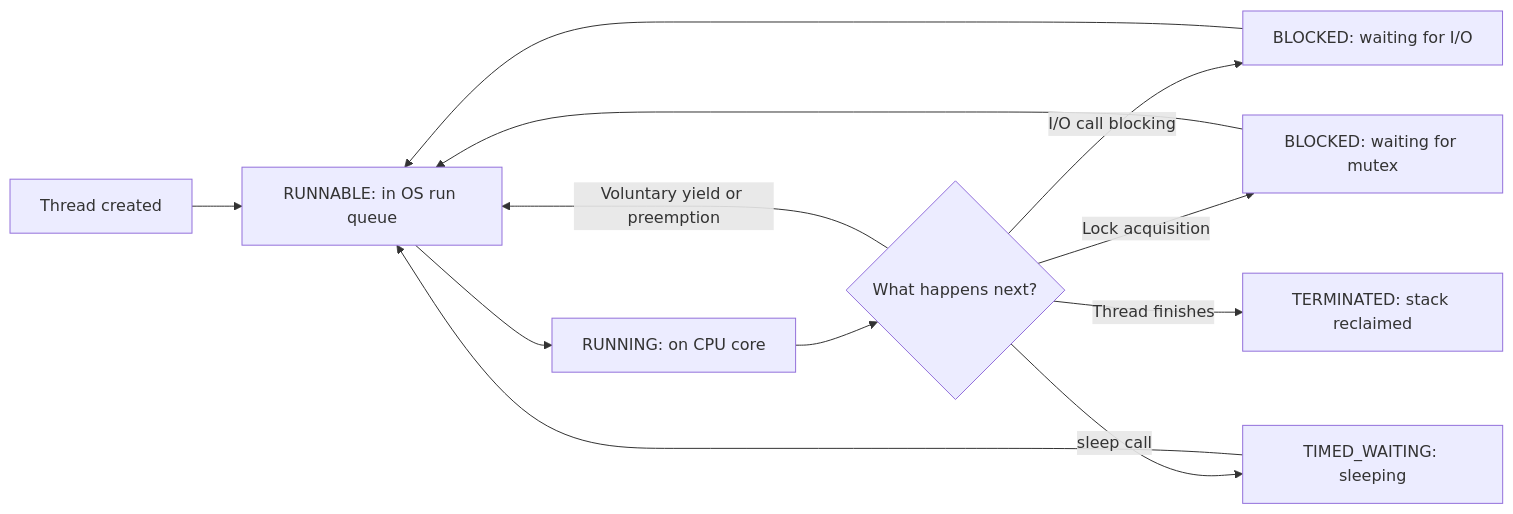
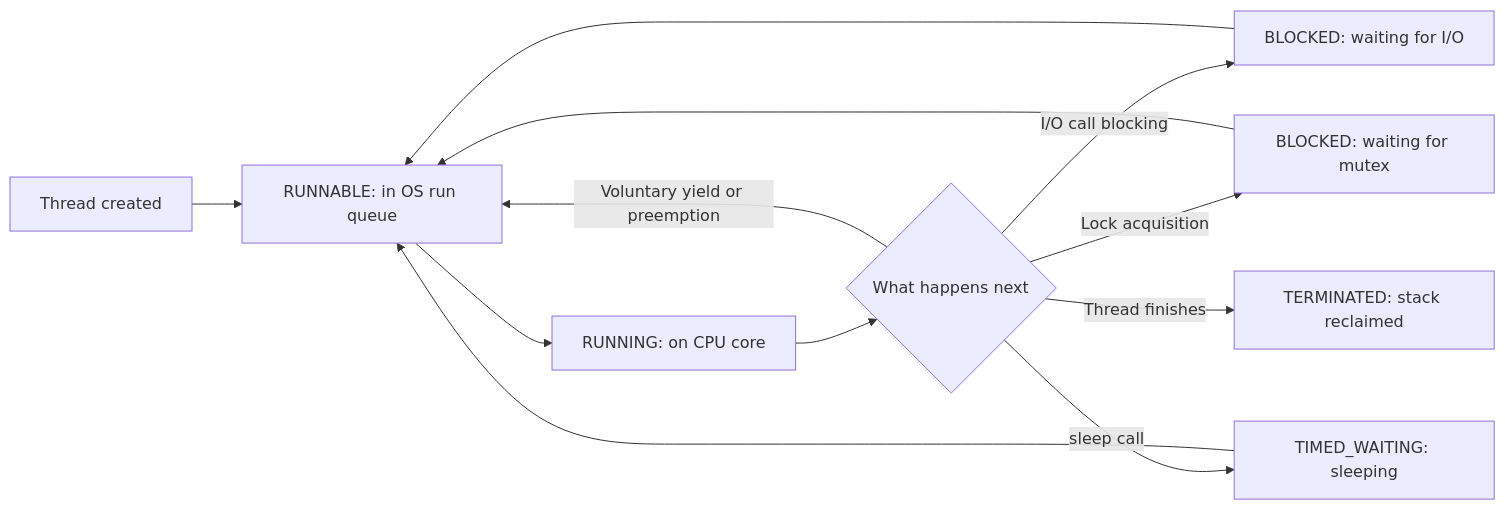
The seventh of 13 diagrams in Section0/Chapter_3_OS_Fundamentals.md (ranjeetnegi/System-Design-for-Staff-SWE), drawn with Mermaid before and after one commit. The commit also changed other lines of this file and 11 other files, not shown here.

````diff
--- a/Section0/Chapter_3_OS_Fundamentals.md
+++ b/Section0/Chapter_3_OS_Fundamentals.md
@@ -820,14 +820,14 @@
 ```mermaid
 flowchart LR
     A[Thread created] --> B[RUNNABLE: in OS run queue]
     B --> C[RUNNING: on CPU core]
-    C --> D{What happens next?}
+    C --> D{What happens next }
     D -- Voluntary yield or preemption --> B
     D -- I/O call blocking --> E[BLOCKED: waiting for I/O]
     D -- Lock acquisition --> F[BLOCKED: waiting for mutex]
     D -- sleep call --> G[TIMED_WAITING: sleeping]
     D -- Thread finishes --> H[TERMINATED: stack reclaimed]
     E --> B
     F --> B
     G --> B
 ```
````
